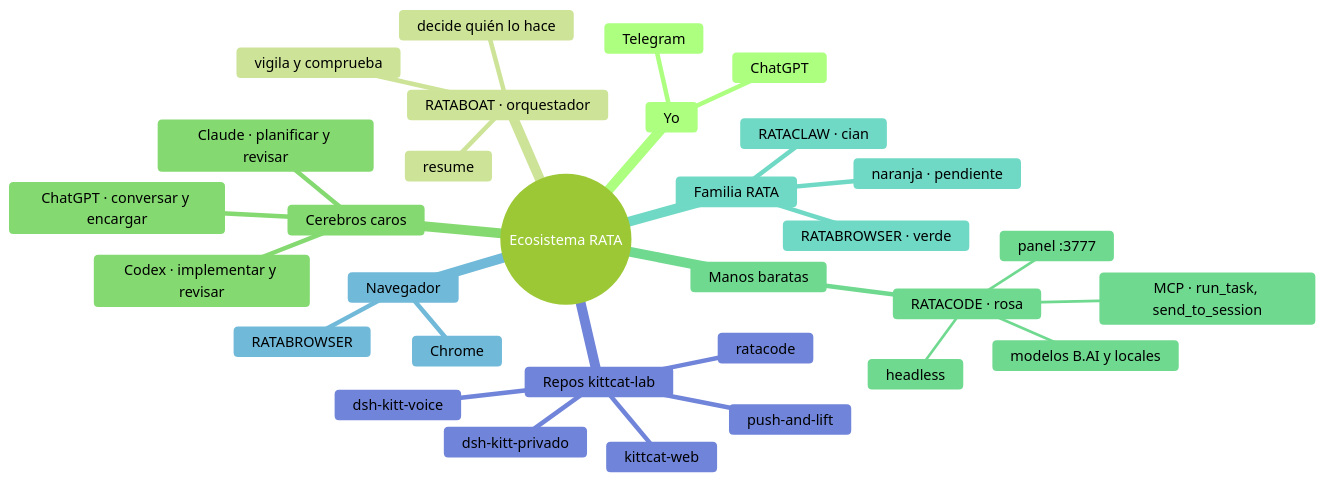
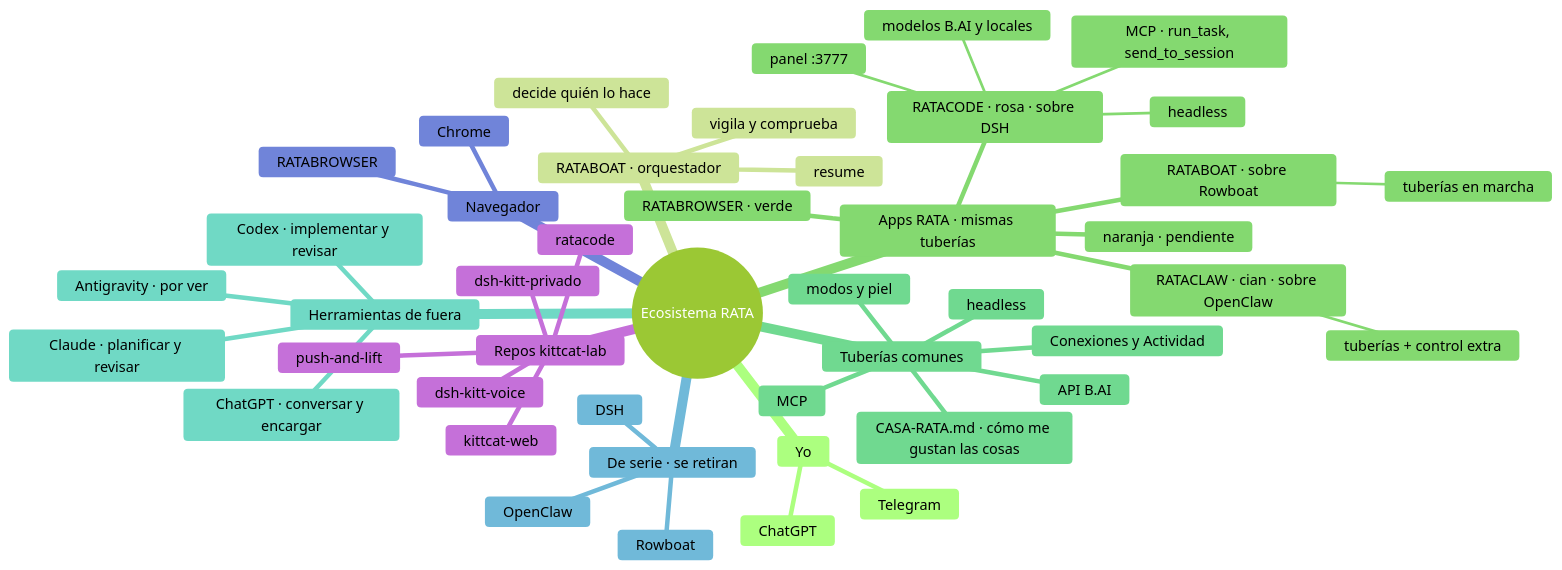
Before and after one commit to kittcat-lab/ratacode: the diagram in ENCARGO-RATABOAT.md, drawn with Mermaid (forest theme). The commit also changed other lines of this file, not shown here.

First line of the commit message:
R35 · RATABOAT sabe qué es cada app RATA, sus tuberías y sus herramientas de fuera

````diff
--- a/ENCARGO-RATABOAT.md
+++ b/ENCARGO-RATABOAT.md
@@ -154,34 +195,48 @@
 ```mermaid
 mindmap
   root((Ecosistema RATA))
     Yo
       Telegram
       ChatGPT
     RATABOAT · orquestador
       decide quién lo hace
       vigila y comprueba
       resume
-    Cerebros caros
-      Claude · planificar y revisar
-      Codex · implementar y revisar
-      ChatGPT · conversar y encargar
-    Manos baratas
-      RATACODE · rosa
+    Apps RATA · mismas tuberías
+      RATACODE · rosa · sobre DSH
         panel :3777
         headless
         MCP · run_task, send_to_session
         modelos B.AI y locales
-    Familia RATA
-      RATACLAW · cian
+      RATACLAW · cian · sobre OpenClaw
+        tuberías + control extra
+      RATABOAT · sobre Rowboat
+        tuberías en marcha
       RATABROWSER · verde
       naranja · pendiente
+    Tuberías comunes
+      MCP
+      headless
+      API B.AI
+      modos y piel
+      Conexiones y Actividad
+      CASA-RATA.md · cómo me gustan las cosas
+    Herramientas de fuera
+      Claude · planificar y revisar
+      Codex · implementar y revisar
+      Antigravity · por ver
+      ChatGPT · conversar y encargar
+    De serie · se retiran
+      DSH
+      OpenClaw
+      Rowboat
     Navegador
       RATABROWSER
       Chrome
     Repos kittcat-lab
       ratacode
       kittcat-web
       dsh-kitt-voice
       dsh-kitt-privado
       push-and-lift
 ```
````
